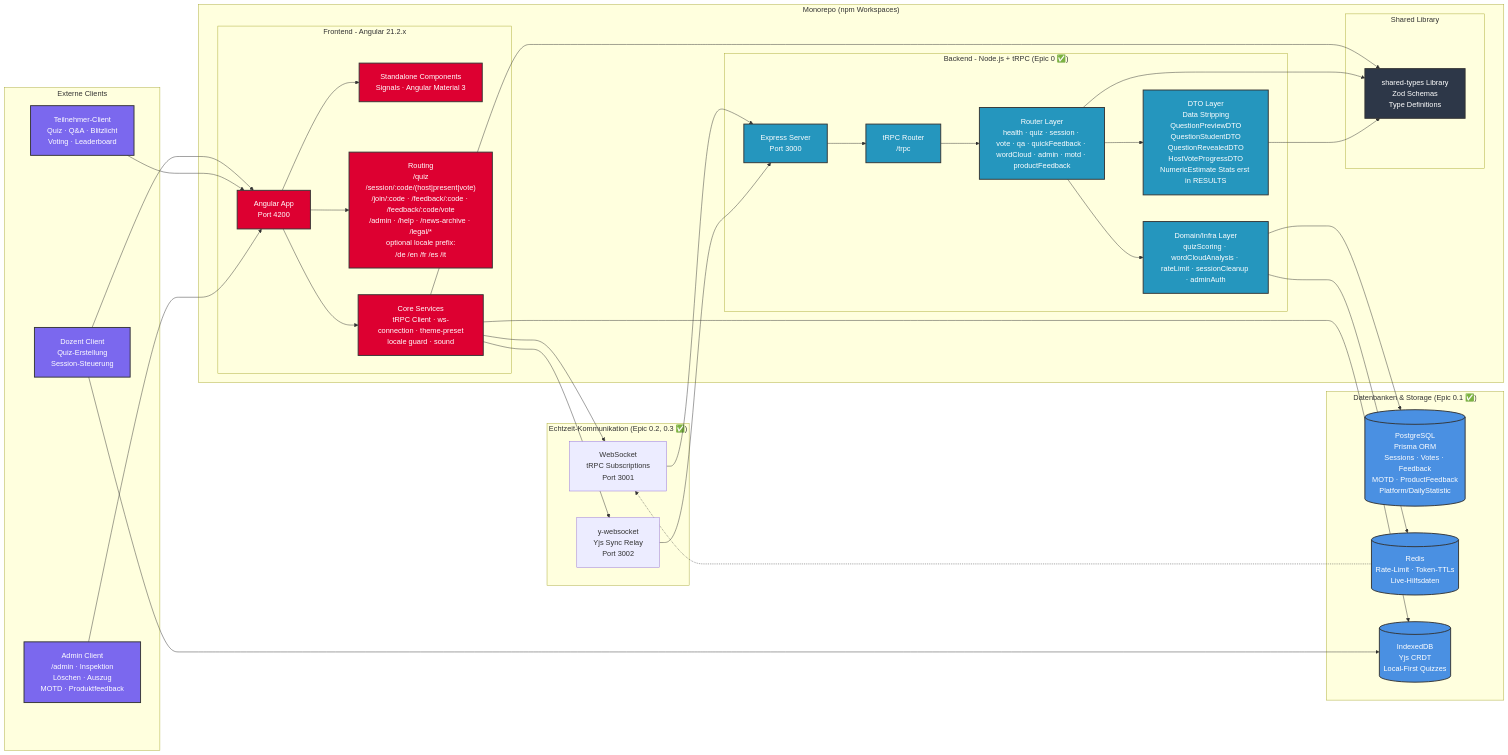
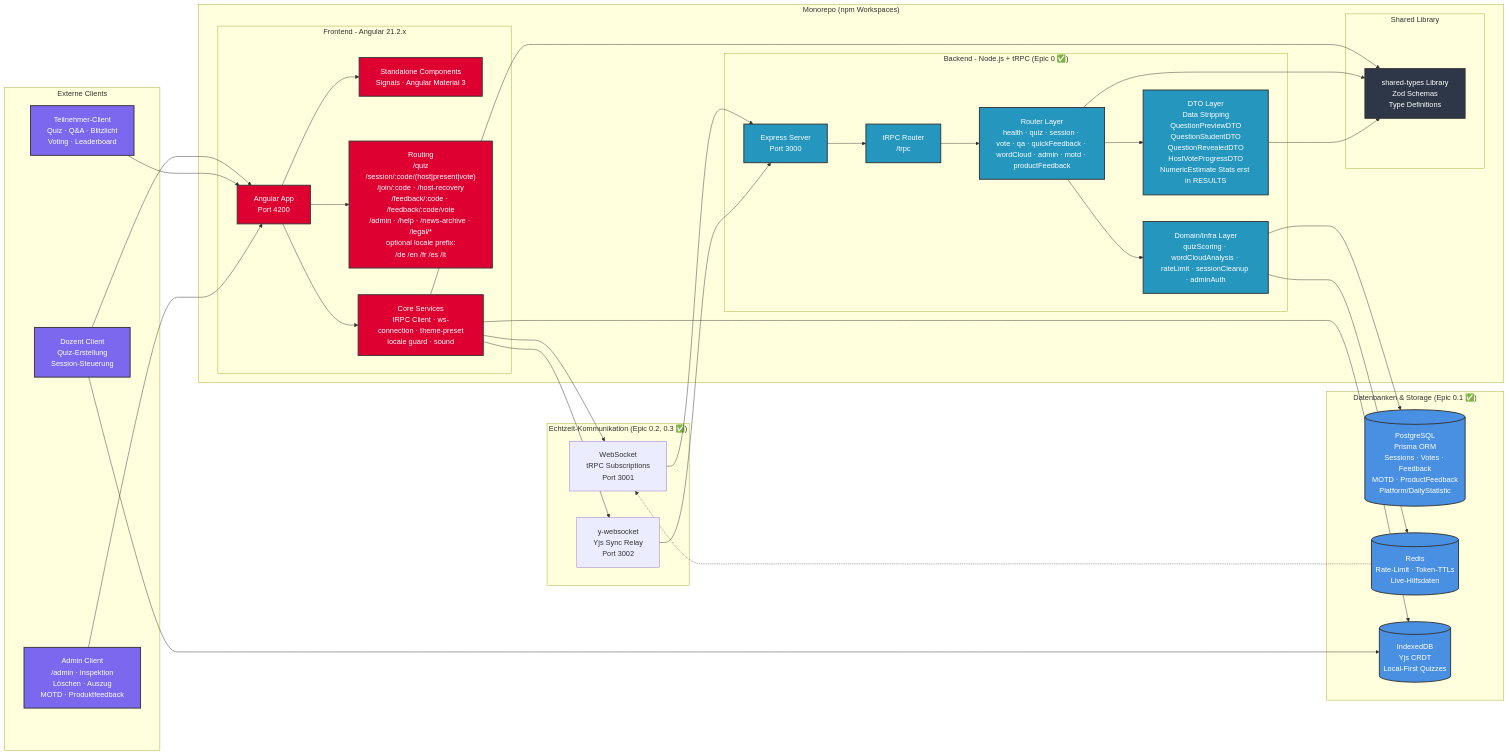
One commit to kqc-real/arsnova.eu changed the first of 15 diagrams in docs/diagrams/architecture-overview.md. Above: the diagram before and after it, drawn with Mermaid. The commit also changed other lines of this file and 13 other files, not shown here.

```diff
--- a/docs/diagrams/architecture-overview.md
+++ b/docs/diagrams/architecture-overview.md
@@ -19,7 +19,7 @@
         subgraph "Frontend - Angular 21.2.x"
             FE[Angular App<br/>Port 4200]
             FE_COMP[Standalone Components<br/>Signals · Angular Material 3]
-            FE_ROUTES["Routing<br/>/quiz<br/>/session/:code/(host|present|vote)<br/>/join/:code · /feedback/:code · /feedback/:code/vote<br/>/admin · /help · /news-archive · /legal/*<br/>optional locale prefix:<br/>/de /en /fr /es /it"]
+            FE_ROUTES["Routing<br/>/quiz<br/>/session/:code/(host|present|vote)<br/>/join/:code · /host-recovery<br/>/feedback/:code · /feedback/:code/vote<br/>/admin · /help · /news-archive · /legal/*<br/>optional locale prefix:<br/>/de /en /fr /es /it"]
             FE_SERVICES[Core Services<br/>tRPC Client · ws-connection · theme-preset<br/>locale guard · sound]
         end
 
```
